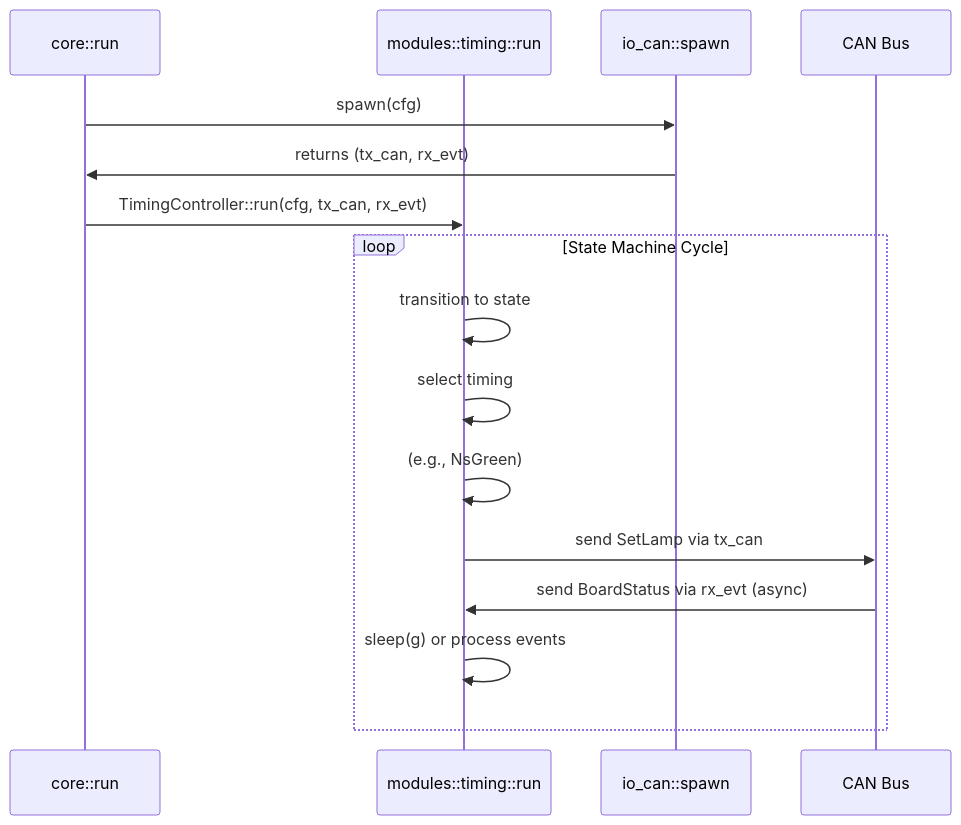
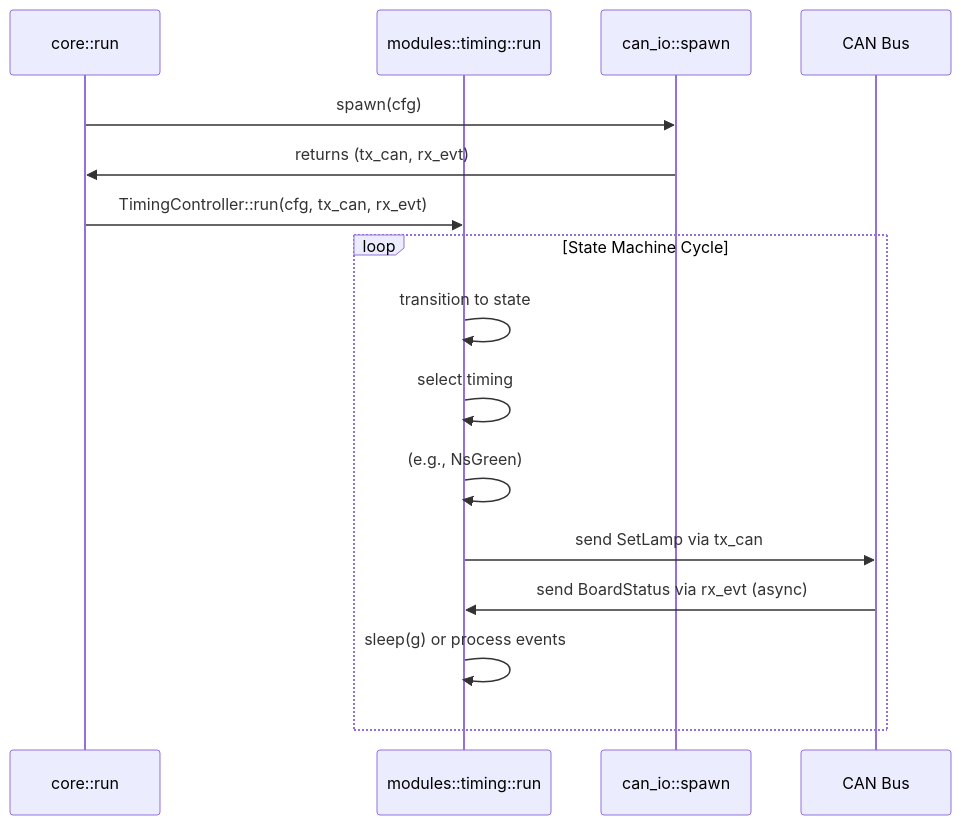
Before and after one commit to sitexa/sigctl: the second of 3 diagrams in doc/ANALYSIS.md, drawn with Mermaid. The commit also changed other lines of this file and 8 other files, not shown here.

````diff
--- a/doc/ANALYSIS.md
+++ b/doc/ANALYSIS.md
@@ -178,19 +177,19 @@
 ```mermaid
 sequenceDiagram
     participant C as core::run
     participant TC as modules::timing::run
-    participant IO as io_can::spawn
+    participant IO as can_io::spawn
     participant CAN as CAN Bus
 
     C->>IO: spawn(cfg)
     IO->>C: returns (tx_can, rx_evt)
     C->>TC: TimingController::run(cfg, tx_can, rx_evt)
     loop State Machine Cycle
         TC->>TC: transition to state
         TC->>TC: select timing
         TC->>TC: (e.g., NsGreen)
         TC->>CAN: send SetLamp via tx_can
         CAN->>TC: send BoardStatus via rx_evt (async)
         TC->>TC: sleep(g) or process events
     end
 ```
````
